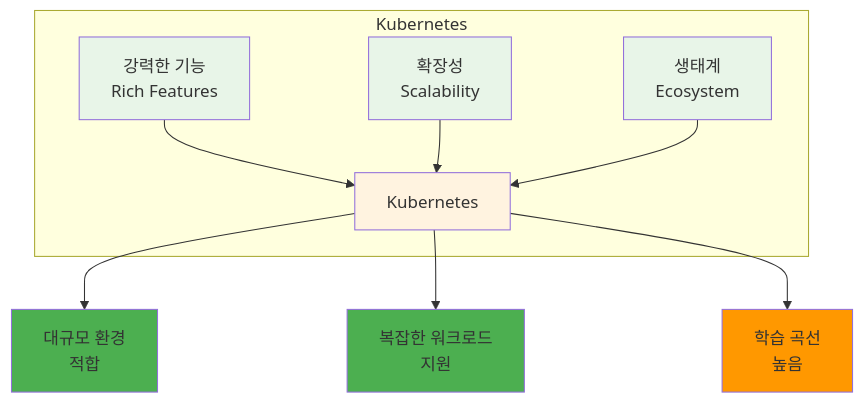
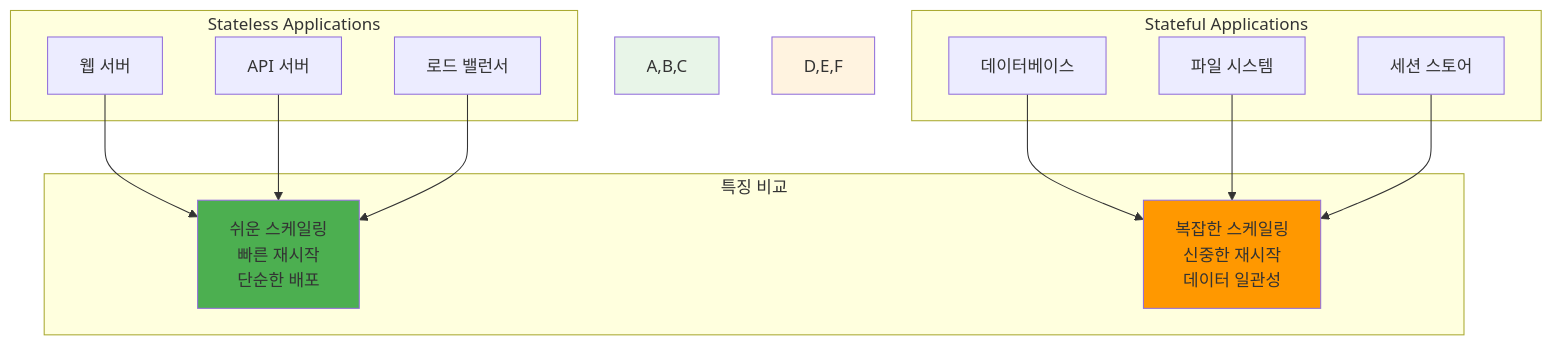
Before and after one commit to niceguy61/kdt_devops_lecture_2025: the first of 2 diagrams in theory/week_02/day2/session_3.md, drawn with Mermaid. The commit also changed other lines of this file and 70 other files, not shown here.

````diff
--- a/theory/week_02/day2/session_3.md
+++ b/theory/week_02/day2/session_3.md
@@ -69,20 +36,32 @@
 ```mermaid
 graph TB
-    subgraph "Kubernetes"
-        A[강력한 기능<br/>Rich Features] --> D[Kubernetes]
-        B[확장성<br/>Scalability] --> D
-        C[생태계<br/>Ecosystem] --> D
+    subgraph "Stateless Applications"
+        A[웹 서버]
+        B[API 서버]
+        C[로드 밸런서]
     end
     
-    D --> E[대규모 환경<br/>적합]
-    D --> F[복잡한 워크로드<br/>지원]
-    D --> G[학습 곡선<br/>높음]
+    subgraph "Stateful Applications"
+        D[데이터베이스]
+        E[파일 시스템]
+        F[세션 스토어]
+    end
     
-    style A fill:#e8f5e8
-    style B fill:#e8f5e8
-    style C fill:#e8f5e8
-    style D fill:#fff3e0
-    style E fill:#4caf50
-    style F fill:#4caf50
-    style G fill:#ff9800
+    subgraph "특징 비교"
+        G[쉬운 스케일링<br/>빠른 재시작<br/>단순한 배포]
+        H[복잡한 스케일링<br/>신중한 재시작<br/>데이터 일관성]
+    end
+    
+    A --> G
+    B --> G
+    C --> G
+    
+    D --> H
+    E --> H
+    F --> H
+    
+    style A,B,C fill:#e8f5e8
+    style D,E,F fill:#fff3e0
+    style G fill:#4caf50
+    style H fill:#ff9800
 ```
````
